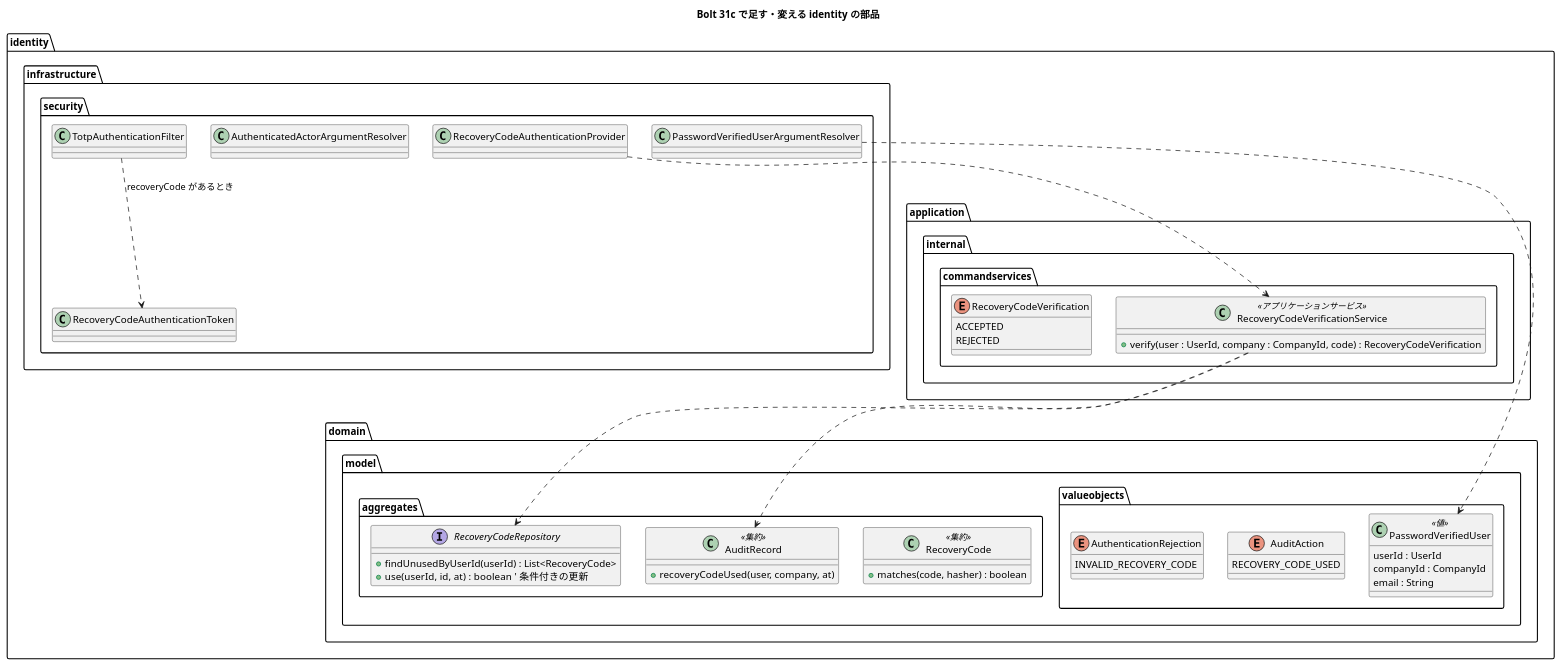
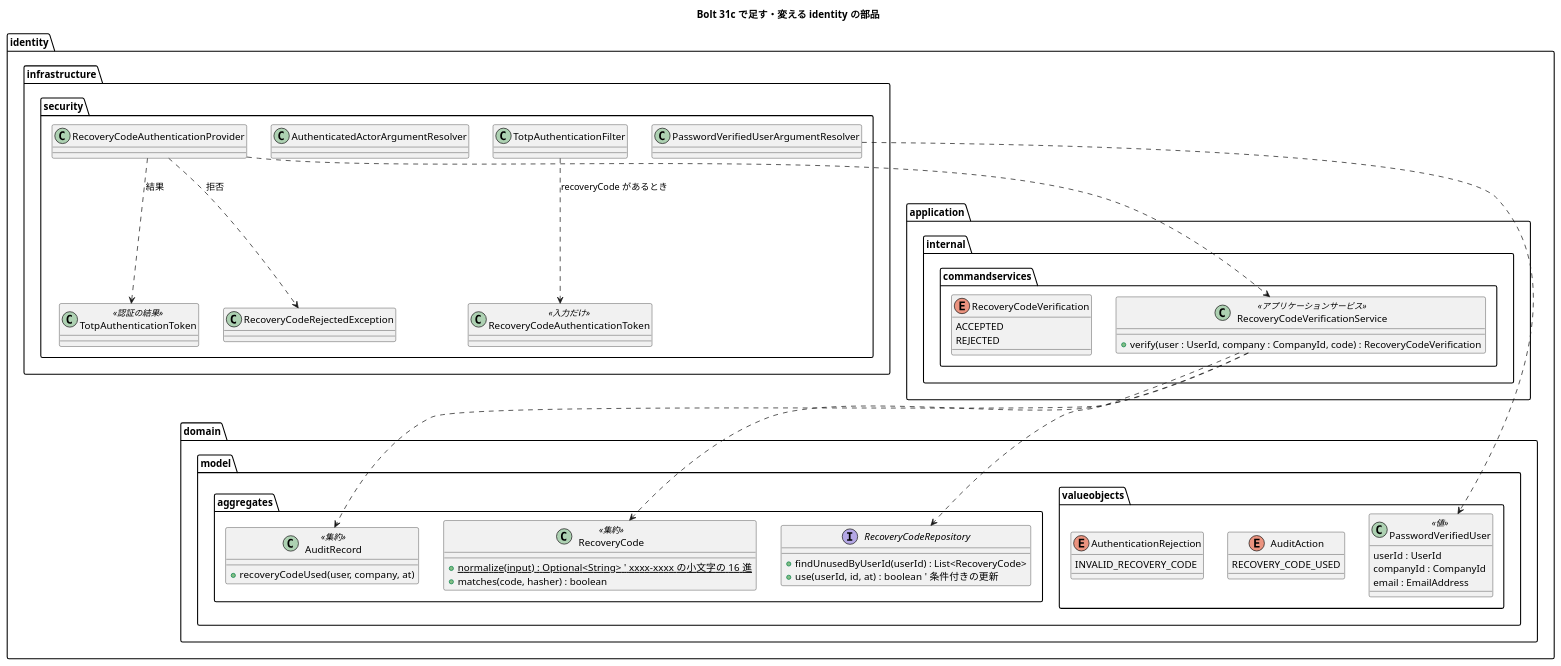
The first of 3 diagrams in docs/development/cargo-tracker/bolt_31c_plan.md (k2works/practical-domain-driven-design-in-enterpris-application), drawn with PlantUML before and after one commit. The commit also changed other lines of this file and 4 other files, not shown here.

````diff
--- a/docs/development/cargo-tracker/bolt_31c_plan.md
+++ b/docs/development/cargo-tracker/bolt_31c_plan.md
@@ -77,51 +79,57 @@
 ```plantuml
 @startuml
 title Bolt 31c で足す・変える identity の部品
 package "identity.domain.model.aggregates" {
   class RecoveryCode <<集約>> {
+    + {static} normalize(input) : Optional<String>  ' xxxx-xxxx の小文字の 16 進
     + matches(code, hasher) : boolean
   }
   interface RecoveryCodeRepository {
     + findUnusedByUserId(userId) : List<RecoveryCode>
     + use(userId, id, at) : boolean  ' 条件付きの更新
   }
   class AuditRecord <<集約>> {
     + recoveryCodeUsed(user, company, at)
   }
 }
 package "identity.domain.model.valueobjects" {
   class PasswordVerifiedUser <<値>> {
     userId : UserId
     companyId : CompanyId
-    email : String
+    email : EmailAddress
   }
   enum AuditAction {
     RECOVERY_CODE_USED
   }
   enum AuthenticationRejection {
     INVALID_RECOVERY_CODE
   }
 }
 package "identity.application.internal.commandservices" {
   class RecoveryCodeVerificationService <<アプリケーションサービス>> {
     + verify(user : UserId, company : CompanyId, code) : RecoveryCodeVerification
   }
   enum RecoveryCodeVerification {
     ACCEPTED
     REJECTED
   }
 }
 package "identity.infrastructure.security" {
   class TotpAuthenticationFilter
-  class RecoveryCodeAuthenticationToken
+  class RecoveryCodeAuthenticationToken <<入力だけ>>
   class RecoveryCodeAuthenticationProvider
+  class RecoveryCodeRejectedException
+  class TotpAuthenticationToken <<認証の結果>>
   class AuthenticatedActorArgumentResolver
   class PasswordVerifiedUserArgumentResolver
 }
+RecoveryCodeVerificationService ..> RecoveryCode
 RecoveryCodeVerificationService ..> RecoveryCodeRepository
 RecoveryCodeVerificationService ..> AuditRecord
 RecoveryCodeAuthenticationProvider ..> RecoveryCodeVerificationService
+RecoveryCodeAuthenticationProvider ..> TotpAuthenticationToken : 結果
+RecoveryCodeAuthenticationProvider ..> RecoveryCodeRejectedException : 拒否
 TotpAuthenticationFilter ..> RecoveryCodeAuthenticationToken : recoveryCode があるとき
 PasswordVerifiedUserArgumentResolver ..> PasswordVerifiedUser
 @enduml
 ```
````
